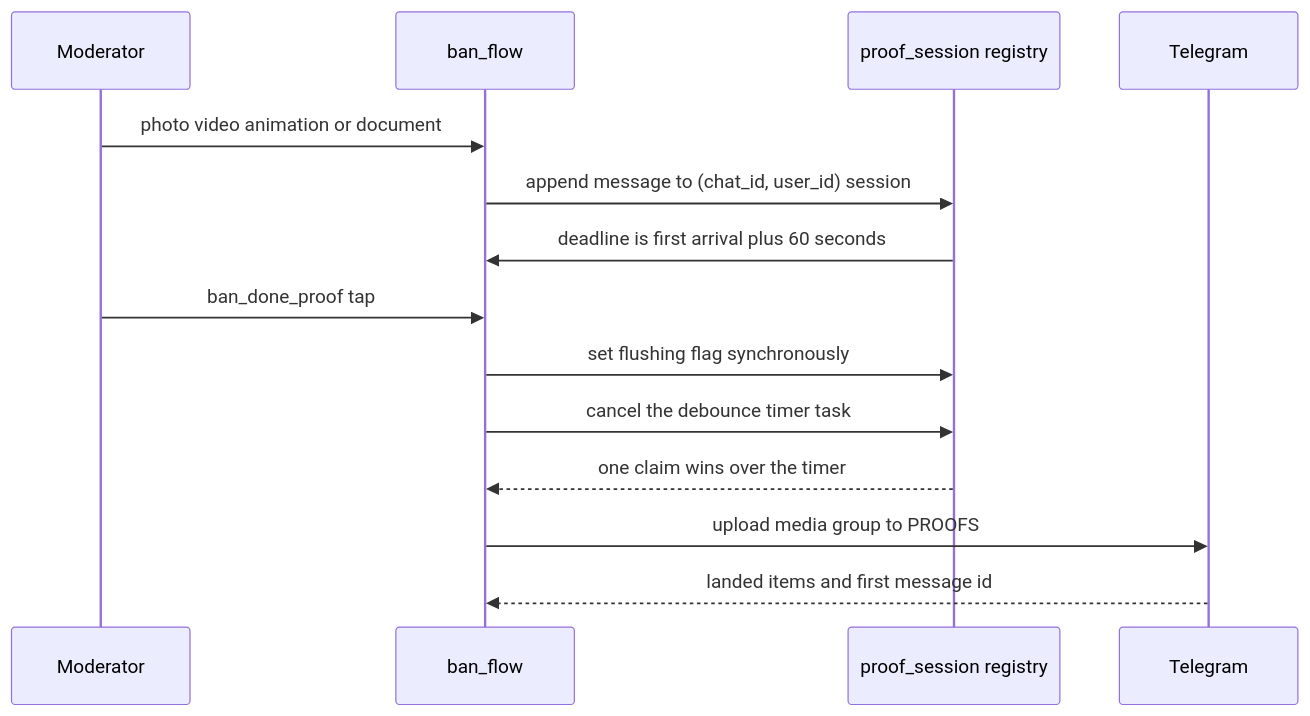
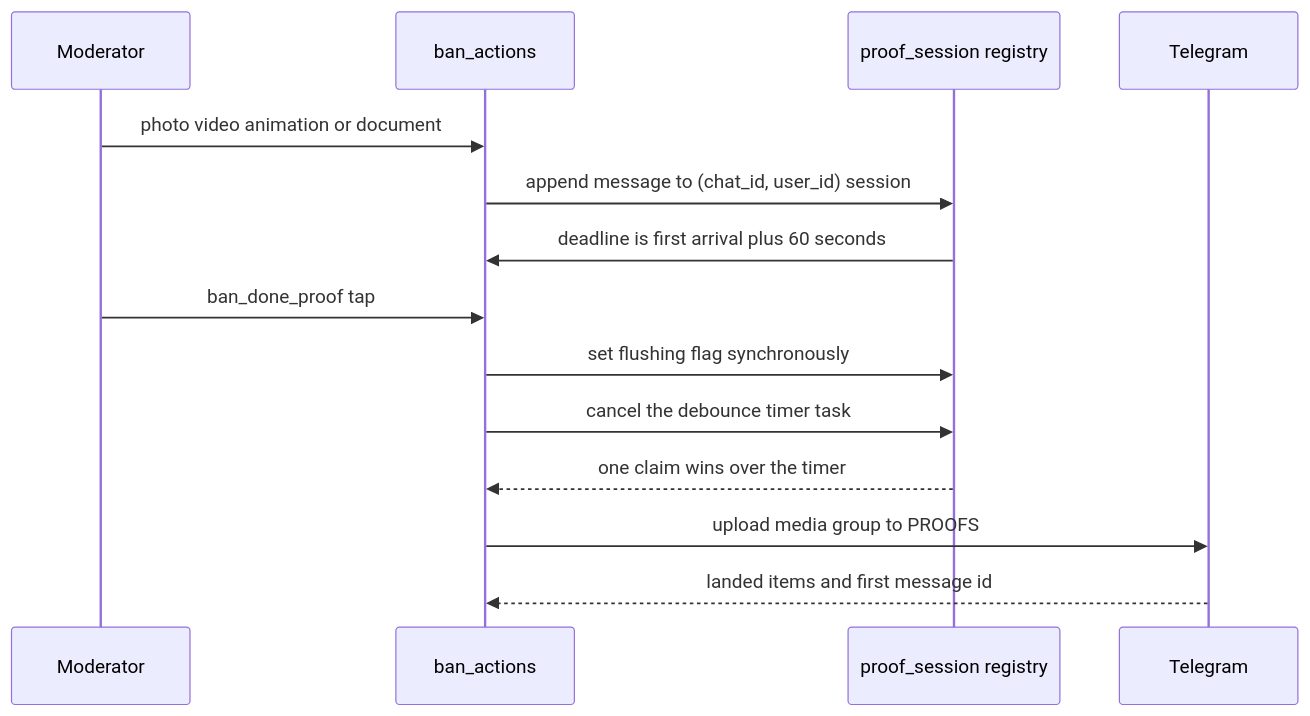
The third of 6 diagrams in docs/flows/banning.md (D1ZZY4/tcbot), drawn with Mermaid before and after one commit. The commit also changed other lines of this file and 21 other files, not shown here.

````diff
--- a/docs/flows/banning.md
+++ b/docs/flows/banning.md
@@ -119,16 +119,16 @@
 ```mermaid
 sequenceDiagram
     participant Mod as Moderator
-    participant Flow as ban_flow
+    participant Flow as ban_actions
     participant Reg as proof_session registry
     participant Bot as Telegram
     Mod->>Flow: photo video animation or document
     Flow->>Reg: append message to (chat_id, user_id) session
     Reg->>Flow: deadline is first arrival plus 60 seconds
     Mod->>Flow: ban_done_proof tap
     Flow->>Reg: set flushing flag synchronously
     Flow->>Reg: cancel the debounce timer task
     Reg-->>Flow: one claim wins over the timer
     Flow->>Bot: upload media group to PROOFS
     Bot-->>Flow: landed items and first message id
 ```
````
